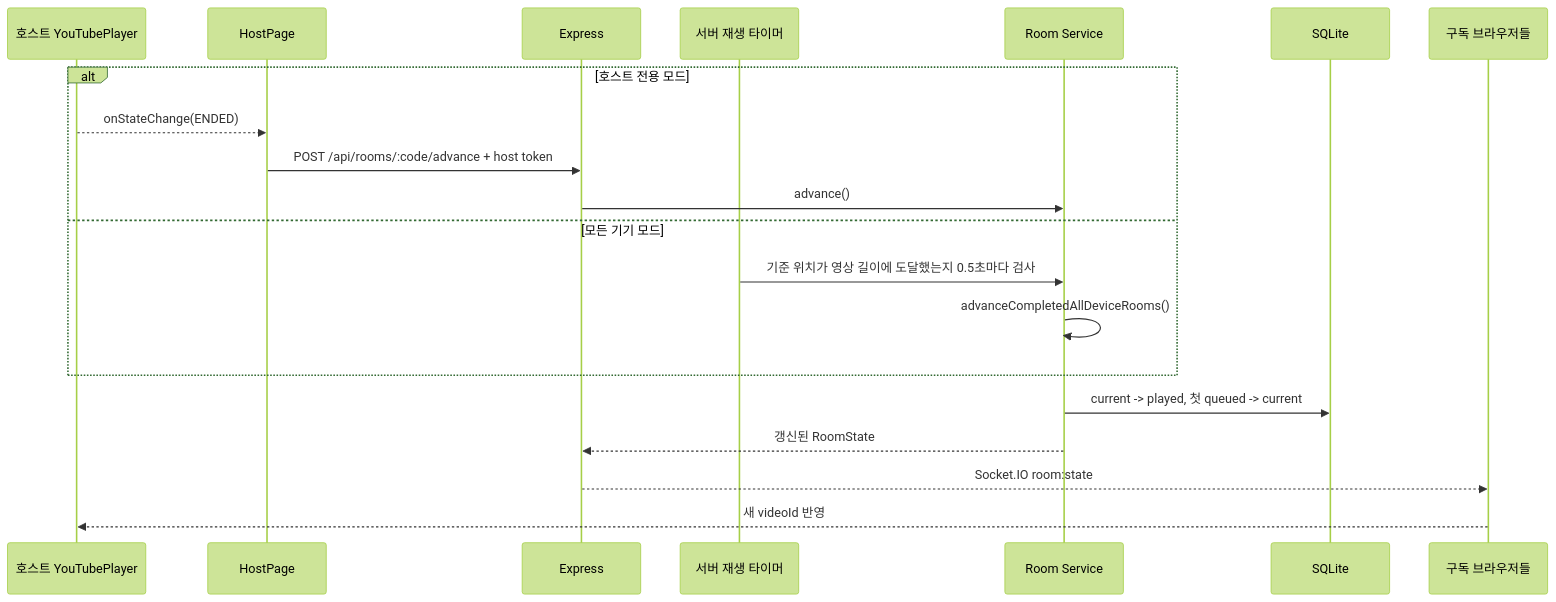
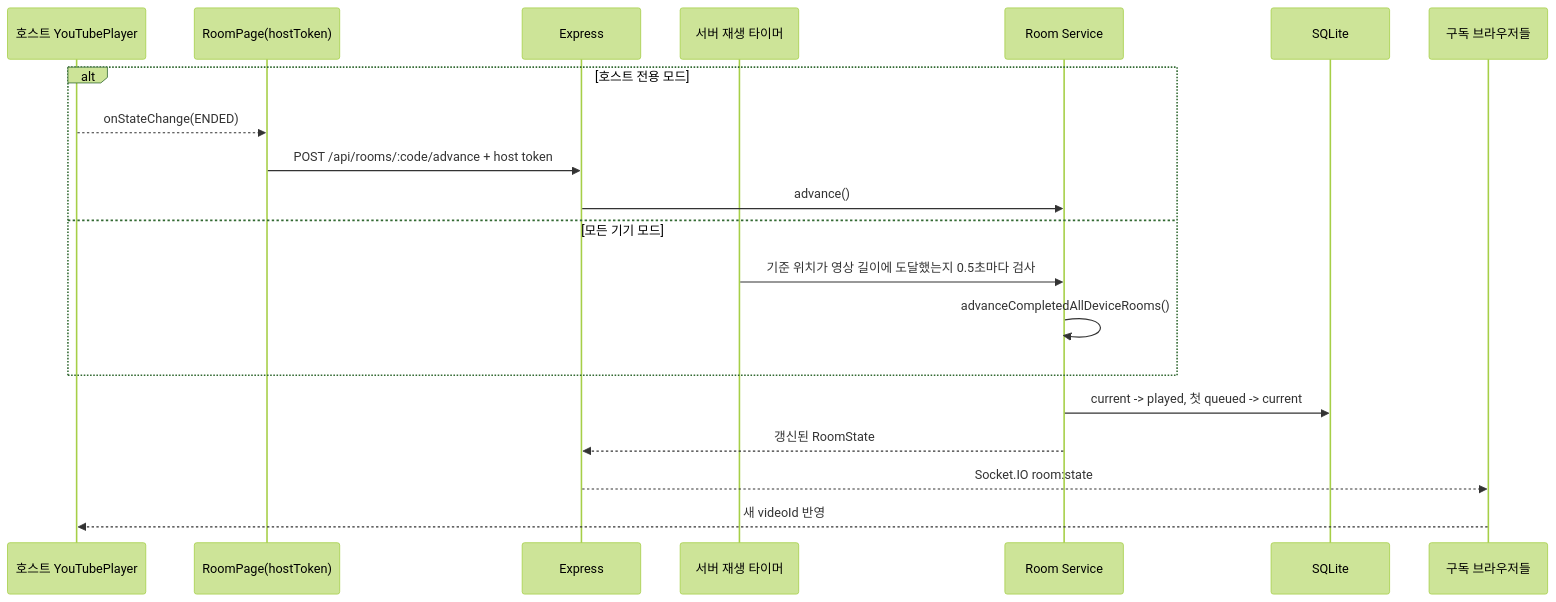
One commit to whitekw/jukebox changed the sixth of 7 diagrams in docs/ARCHITECTURE.md. Above: the diagram before and after it, drawn with Mermaid (forest theme). The commit also changed other lines of this file and 19 other files, not shown here.

````diff
--- a/docs/ARCHITECTURE.md
+++ b/docs/ARCHITECTURE.md
@@ -203,23 +204,23 @@
 ```mermaid
 sequenceDiagram
     participant Player as 호스트 YouTubePlayer
-    participant Host as HostPage
+    participant Host as RoomPage(hostToken)
     participant API as Express
     participant Timer as 서버 재생 타이머
     participant RS as Room Service
     participant DB as SQLite
     participant Clients as 구독 브라우저들
 
     alt 호스트 전용 모드
         Player-->>Host: onStateChange(ENDED)
         Host->>API: POST /api/rooms/:code/advance + host token
         API->>RS: advance()
     else 모든 기기 모드
         Timer->>RS: 기준 위치가 영상 길이에 도달했는지 0.5초마다 검사
         RS->>RS: advanceCompletedAllDeviceRooms()
     end
     RS->>DB: current -> played, 첫 queued -> current
     RS-->>API: 갱신된 RoomState
     API-->>Clients: Socket.IO room:state
     Clients-->>Player: 새 videoId 반영
 ```
````
